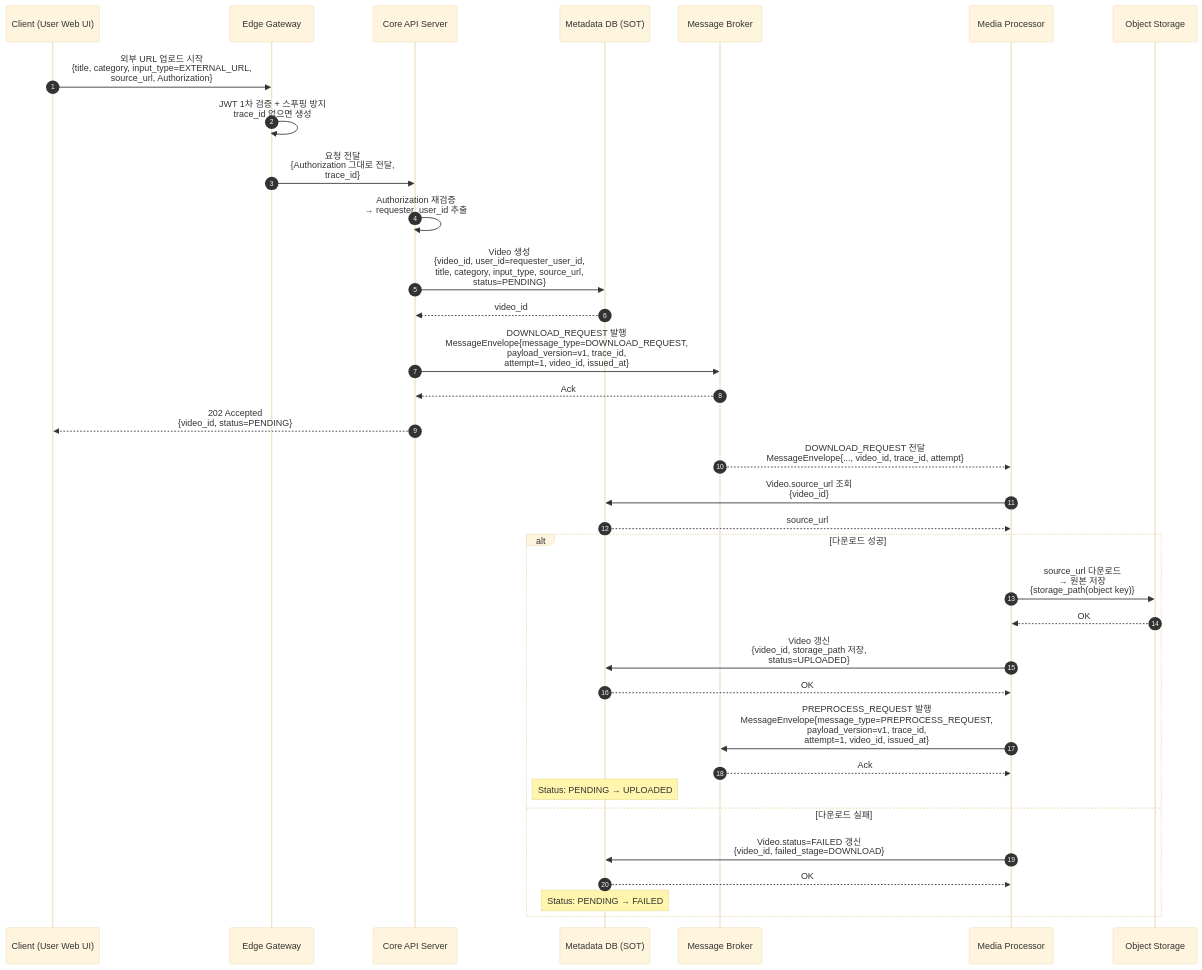
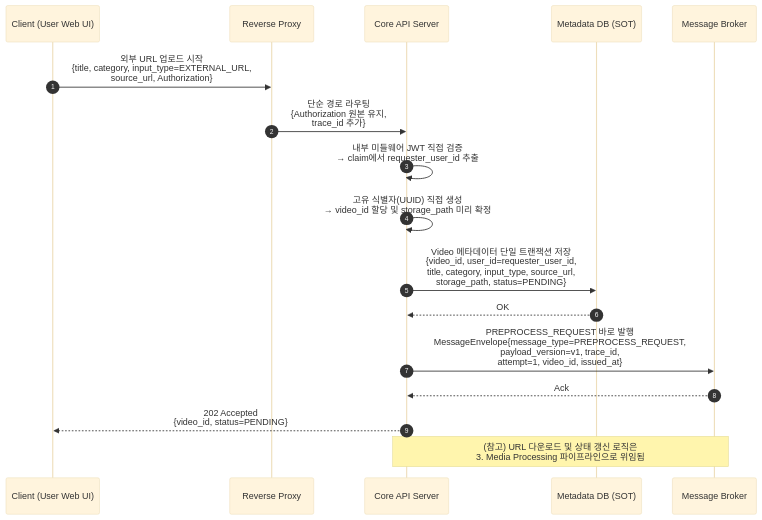
Before and after one commit to f-lab-edu/Biblio: the second of 5 diagrams in docs/Diagram/sequence_diagram/SD_Mermaid.md, drawn with Mermaid (base theme). The commit also changed other lines of this file and 8 other files, not shown here.

First line of the commit message:
docs: sequence diagram

````diff
--- a/docs/Diagram/sequence_diagram/SD_Mermaid.md
+++ b/docs/Diagram/sequence_diagram/SD_Mermaid.md
@@ -51,42 +48,24 @@
 ```mermaid
 sequenceDiagram
 autonumber
 participant C as Client (User Web UI)
-participant EG as Edge Gateway
+participant RP as Reverse Proxy
 participant API as Core API Server
 participant DB as Metadata DB (SOT)
 participant MQ as Message Broker
-participant MP as Media Processor
-participant OS as Object Storage
 
-C->>EG: 외부 URL 업로드 시작<br/>{title, category, input_type=EXTERNAL_URL,<br/>source_url, Authorization}
-EG->>EG: JWT 1차 검증 + 스푸핑 방지<br/>trace_id 없으면 생성
-EG->>API: 요청 전달<br/>{Authorization 그대로 전달,<br/>trace_id}
-API->>API: Authorization 재검증<br/>→ requester_user_id 추출
-API->>DB: Video 생성<br/>{video_id, user_id=requester_user_id,<br/>title, category, input_type, source_url,<br/>status=PENDING}
-DB-->>API: video_id
+C->>RP: 외부 URL 업로드 시작<br/>{title, category, input_type=EXTERNAL_URL,<br/>source_url, Authorization}
+RP->>API: 단순 경로 라우팅<br/>{Authorization 원본 유지,<br/>trace_id 추가}
+API->>API: 내부 미들웨어 JWT 직접 검증<br/>→ claim에서 requester_user_id 추출
 
-API->>MQ: DOWNLOAD_REQUEST 발행<br/>MessageEnvelope{message_type=DOWNLOAD_REQUEST,<br/>payload_version=v1, trace_id,<br/>attempt=1, video_id, issued_at}
+API->>API: 고유 식별자(UUID) 직접 생성<br/>→ video_id 할당 및 storage_path 미리 확정
+
+API->>DB: Video 메타데이터 단일 트랜잭션 저장<br/>{video_id, user_id=requester_user_id,<br/>title, category, input_type, source_url,<br/>storage_path, status=PENDING}
+DB-->>API: OK
+
+API->>MQ: PREPROCESS_REQUEST 바로 발행<br/>MessageEnvelope{message_type=PREPROCESS_REQUEST,<br/>payload_version=v1, trace_id,<br/>attempt=1, video_id, issued_at}
 MQ-->>API: Ack
 API-->>C: 202 Accepted<br/>{video_id, status=PENDING}
 
-MQ-->>MP: DOWNLOAD_REQUEST 전달<br/>MessageEnvelope{..., video_id, trace_id, attempt}
-MP->>DB: Video.source_url 조회<br/>{video_id}
-DB-->>MP: source_url
-
-alt 다운로드 성공
-    MP->>OS: source_url 다운로드<br/>→ 원본 저장<br/>{storage_path(object key)}
-    OS-->>MP: OK
-    MP->>DB: Video 갱신<br/>{video_id, storage_path 저장,<br/>status=UPLOADED}
-    DB-->>MP: OK
-
-    MP->>MQ: PREPROCESS_REQUEST 발행<br/>MessageEnvelope{message_type=PREPROCESS_REQUEST,<br/>payload_version=v1, trace_id,<br/>attempt=1, video_id, issued_at}
-    MQ-->>MP: Ack
-
-    Note over DB: Status: PENDING → UPLOADED
-else 다운로드 실패
-    MP->>DB: Video.status=FAILED 갱신<br/>{video_id, failed_stage=DOWNLOAD}
-    DB-->>MP: OK
-    Note over DB: Status: PENDING → FAILED
-end
+Note over API, MQ: (참고) URL 다운로드 및 상태 갱신 로직은<br/>3. Media Processing 파이프라인으로 위임됨
 ```
````
